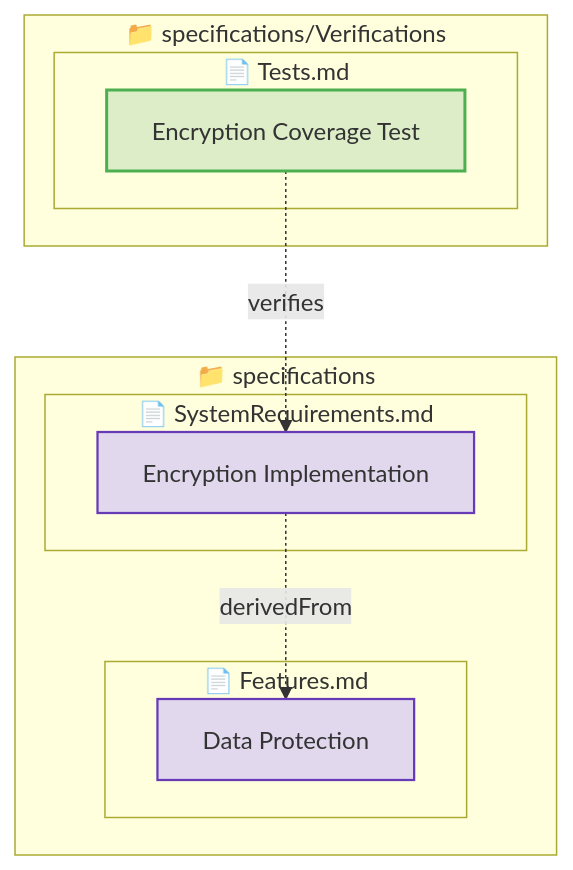
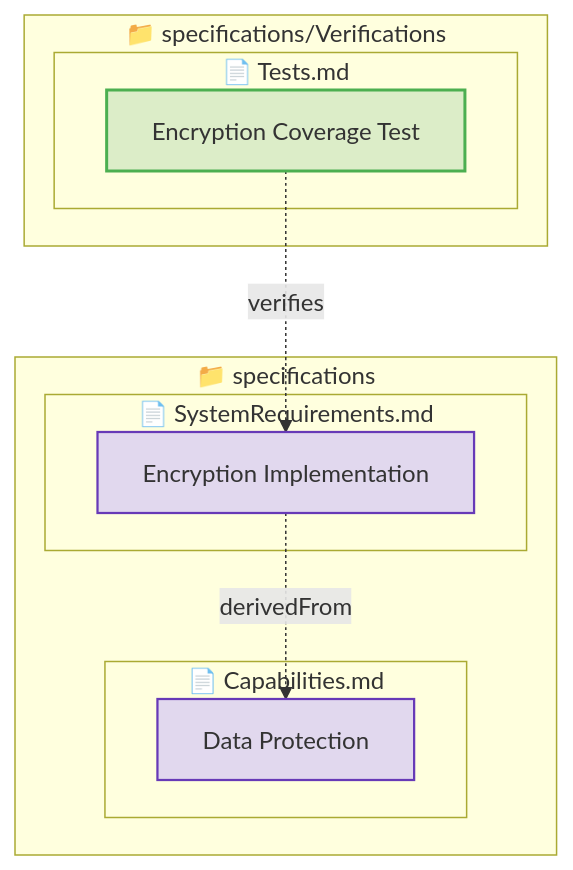
Before and after one commit to reqvire-org/reqvire: the third of 6 diagrams in tests/test-verification-traces/expected/expected_output.md, drawn with Mermaid. The commit also changed other lines of this file and 502 other files, not shown here.

````diff
--- a/tests/test-verification-traces/expected/expected_output.md
+++ b/tests/test-verification-traces/expected/expected_output.md
@@ -89,29 +89,29 @@
 ```mermaid
 graph TD
-  classDef feature fill:#BBDEFB,stroke:#1976D2,stroke-width:2.5px;
+  classDef capability fill:#BBDEFB,stroke:#1976D2,stroke-width:2.5px;
   classDef systemRequirement fill:#E1D8EE,stroke:#673AB7,stroke-width:1.5px;
   classDef requirement fill:#ECEFF1,stroke:#673AB7,stroke-width:1.5px;
   classDef verification fill:#DCEDC8,stroke:#4CAF50,stroke-width:2px;
   classDef folder fill:#FAFAFA,stroke:#9E9E9E,stroke-width:3px;
   classDef file fill:#FFF8E1,stroke:#FFCA28,stroke-width:2px;
   classDef default fill:#F5F5F5,stroke:#424242,stroke-width:1.5px;
 
   subgraph 9d68b769fcbc79d0["📁 specifications"]
-    subgraph 52b96646352f3ec7["📄 Features.md"]
-      2964ce5888d0c623["Data Protection"]:::systemRequirement
-      click 2964ce5888d0c623 "specifications/Features.md#data-protection";
+    subgraph afe26fd45621e6a["📄 Capabilities.md"]
+      346630c146f4c190["Data Protection"]:::systemRequirement
+      click 346630c146f4c190 "specifications/Capabilities.md#data-protection";
     end
     subgraph 77808752d543f615["📄 SystemRequirements.md"]
       3fd7be966f178672["Encryption Implementation"]:::systemRequirement
       click 3fd7be966f178672 "specifications/SystemRequirements.md#encryption-implementation";
     end
   end
   subgraph 9f0649e759bd2822["📁 specifications/Verifications"]
     subgraph 7d9dffd79ed1d5b8["📄 Tests.md"]
       82679469251afa07["Encryption Coverage Test"]:::verification
       click 82679469251afa07 "specifications/Verifications/Tests.md#encryption-coverage-test";
     end
   end
   82679469251afa07 -.->|verifies| 3fd7be966f178672;
-  3fd7be966f178672 -.->|derivedFrom| 2964ce5888d0c623;
+  3fd7be966f178672 -.->|derivedFrom| 346630c146f4c190;
 ```
````
